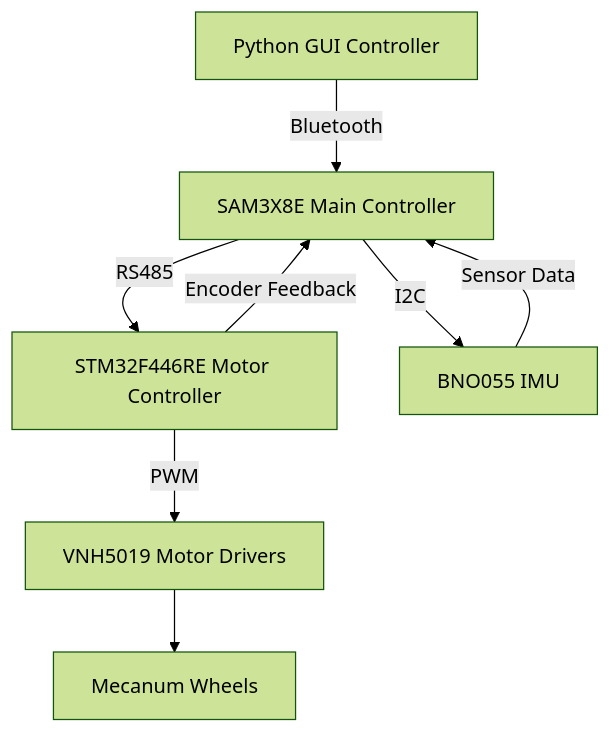
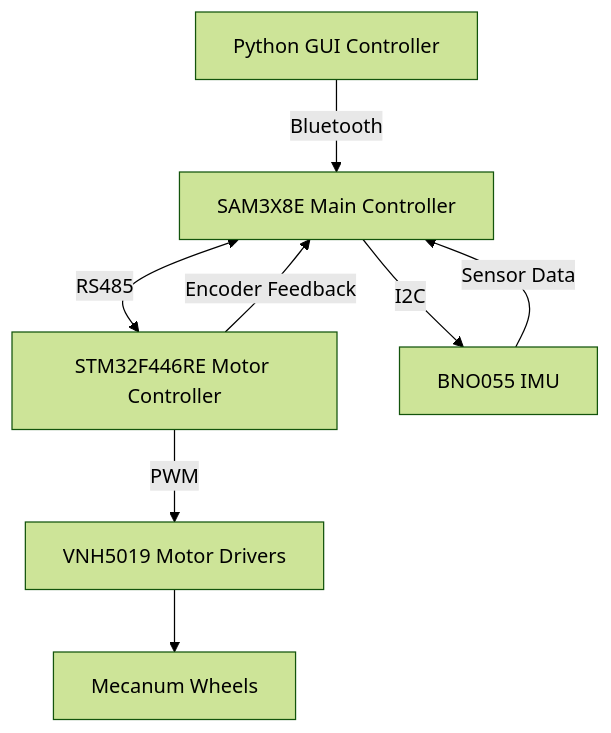
One commit to Banu-Liyanage/OmniDirectionalRobot-EN2160 changed the diagram in README.md. Above: the diagram before and after it, drawn with Mermaid (forest theme). The commit also changed other lines of this file, not shown here.

````diff
--- a/README.md
+++ b/README.md
@@ -161,10 +162,10 @@
 ```mermaid
 graph TD
     A[Python GUI Controller] -->|Bluetooth| B[SAM3X8E Main Controller]
-    B -->|RS485| C[STM32F446RE Motor Controller]
+    B <-->|RS485| C[STM32F446RE Motor Controller]
     B -->|I2C| D[BNO055 IMU]
     C -->|PWM| E[VNH5019 Motor Drivers]
     E --> F[Mecanum Wheels]
     D -->|Sensor Data| B
     C -->|Encoder Feedback| B
 ```
````
